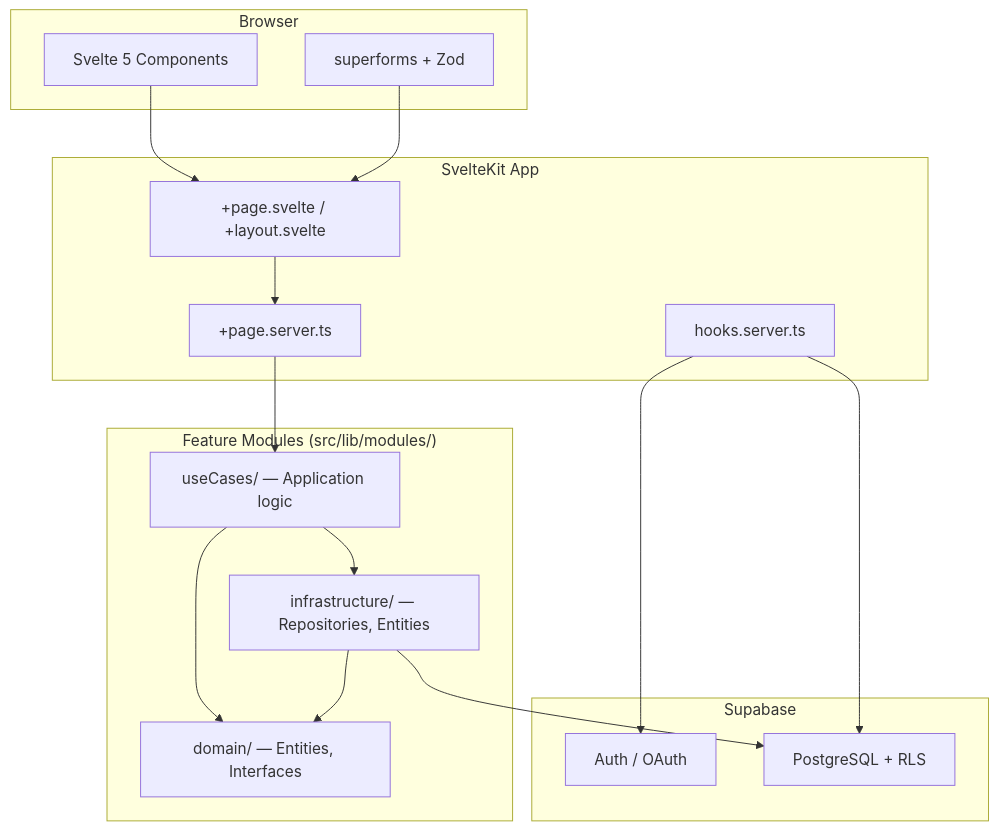
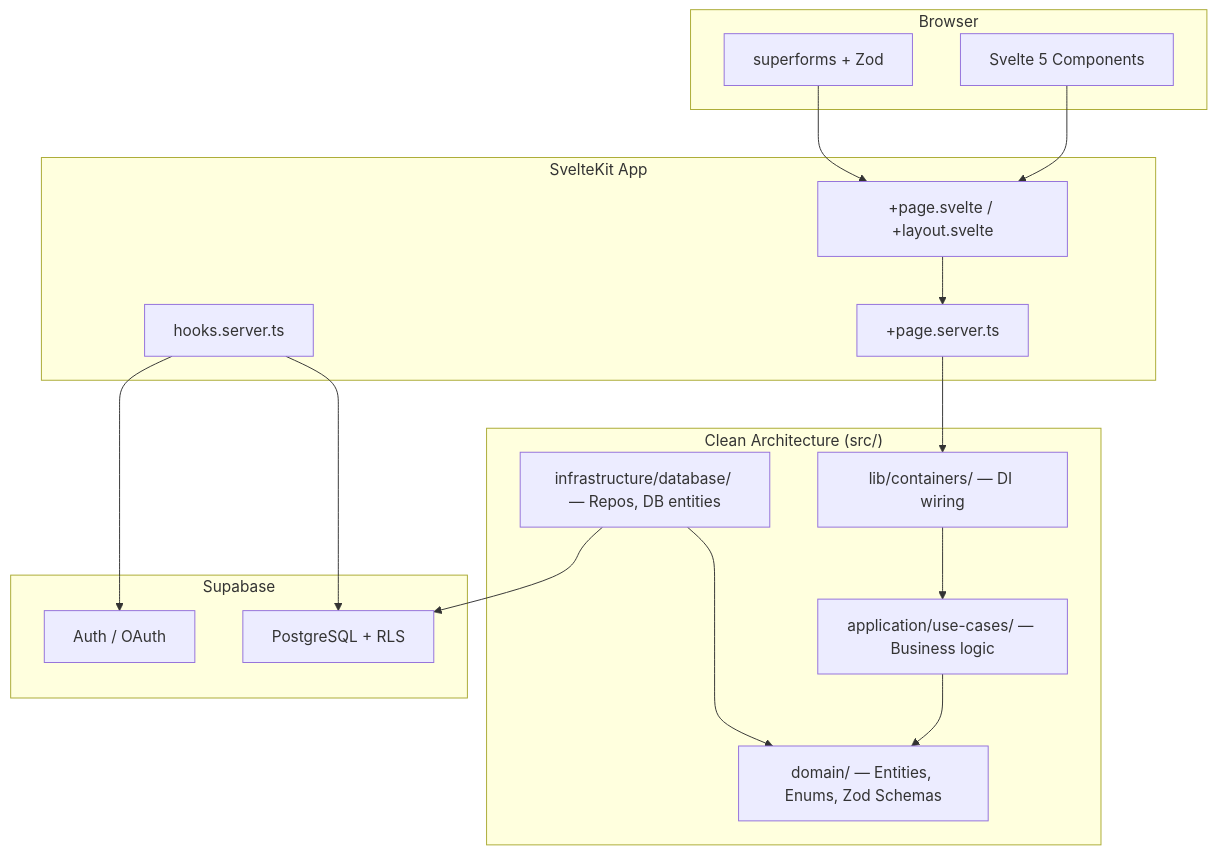
One commit to Agustin-Perezz/stockea changed the diagram in docs/00_INDEX.md. Above: the diagram before and after it, drawn with Mermaid. The commit also changed other lines of this file and 4 other files, not shown here.

Commit message:
Update documentation to reflect clean architecture layer structure

````diff
--- a/docs/00_INDEX.md
+++ b/docs/00_INDEX.md
@@ -7,31 +7,32 @@
 ```mermaid
 graph TB
     subgraph Client["Browser"]
         UI["Svelte 5 Components"]
         Forms["superforms + Zod"]
     end
     subgraph SvelteKit["SvelteKit App"]
         Routes["+page.svelte / +layout.svelte"]
         Server["+page.server.ts"]
         Hooks["hooks.server.ts"]
     end
-    subgraph Modules["Feature Modules (src/lib/modules/)"]
-        Domain["domain/ — Entities, Interfaces"]
-        UseCases["useCases/ — Application logic"]
-        Infra["infrastructure/ — Repositories, Entities"]
+    subgraph CleanArch["Clean Architecture (src/)"]
+        Domain["domain/ — Entities, Enums, Zod Schemas"]
+        Application["application/use-cases/ — Business logic"]
+        Infra["infrastructure/database/ — Repos, DB entities"]
+        Containers["lib/containers/ — DI wiring"]
     end
     subgraph Supabase["Supabase"]
         Auth["Auth / OAuth"]
         DB["PostgreSQL + RLS"]
     end
     UI --> Routes
     Forms --> Routes
     Routes --> Server
-    Server --> UseCases
-    UseCases --> Domain
-    UseCases --> Infra
+    Server --> Containers
+    Containers --> Application
+    Application --> Domain
     Infra --> Domain
     Infra --> DB
     Hooks --> Auth
     Hooks --> DB
 ```
````
